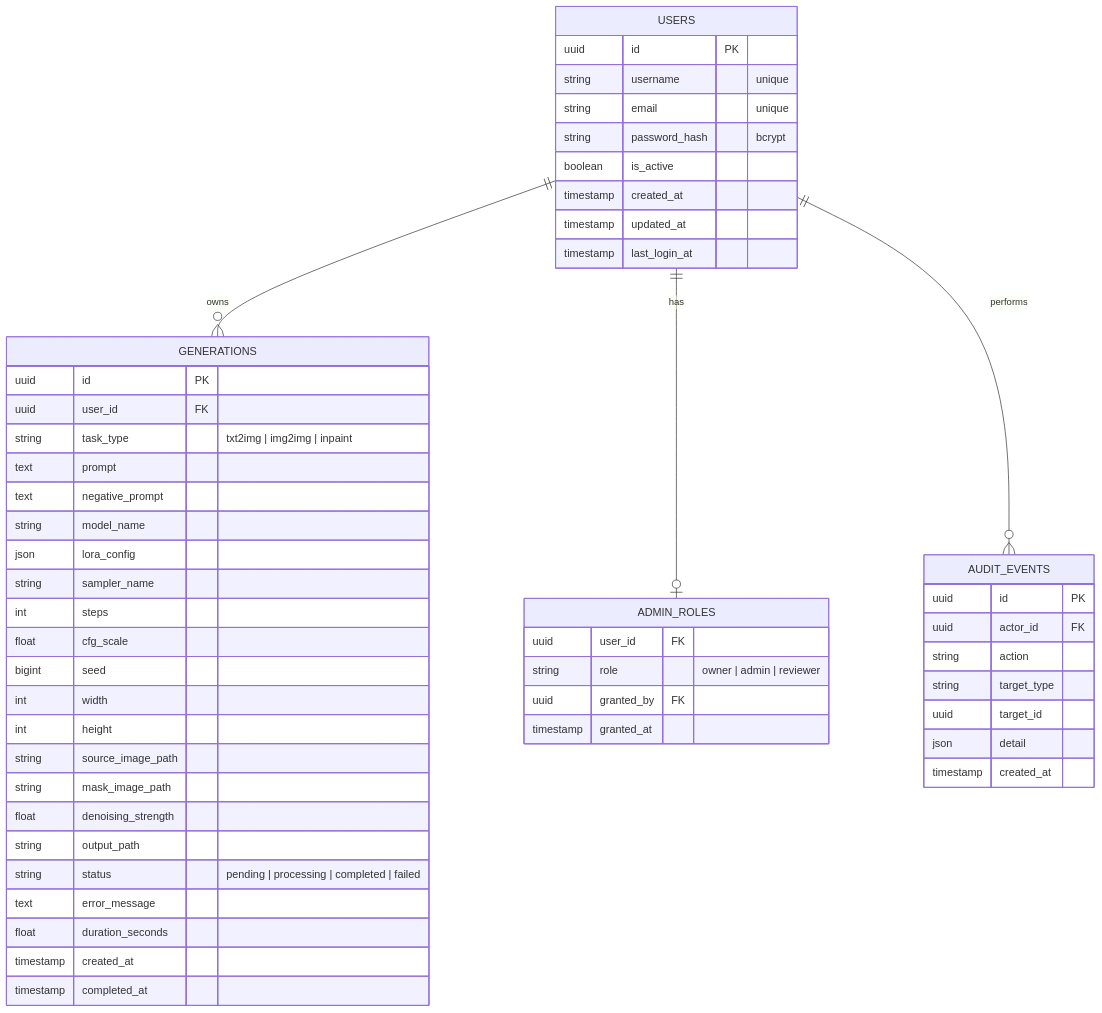
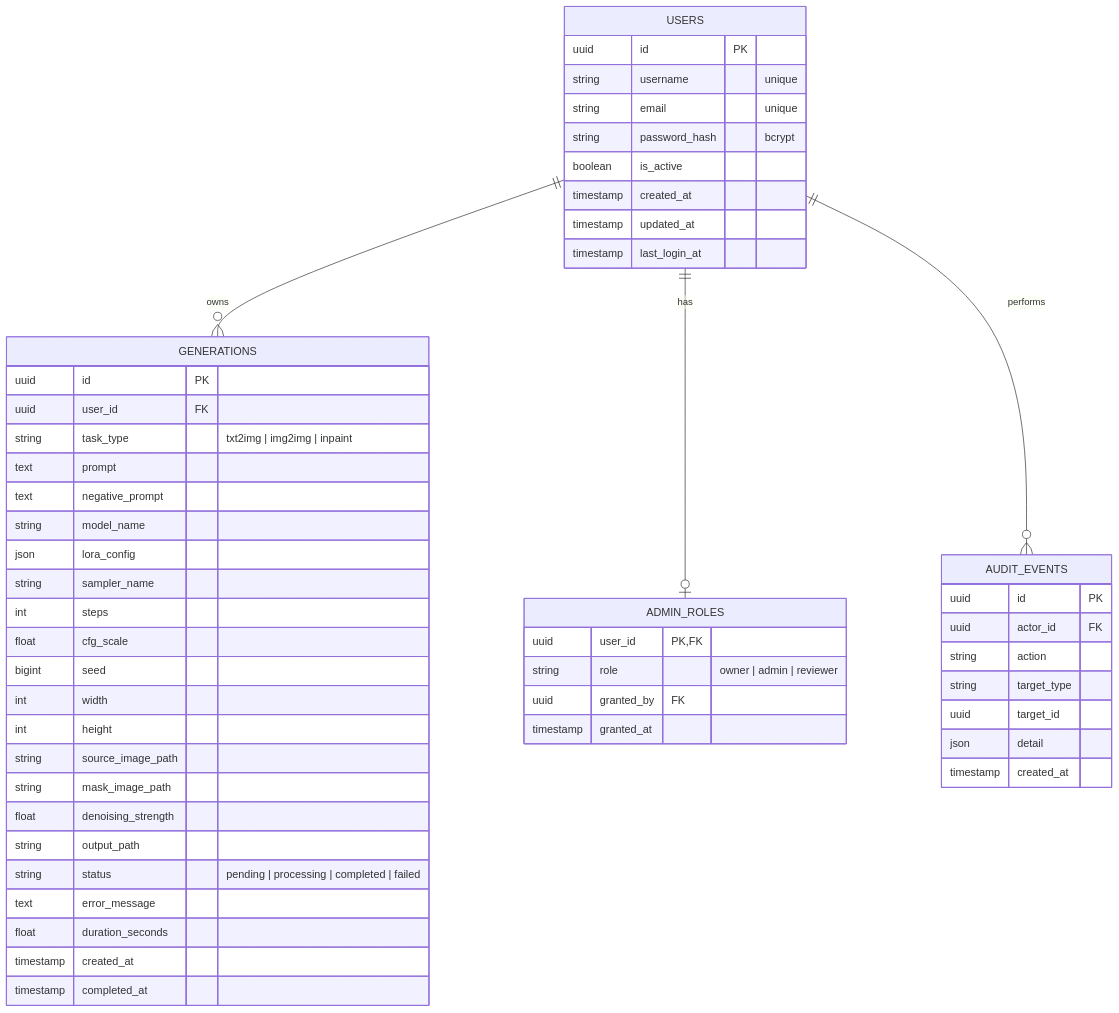
One commit to Pongkarm/Project_Luma_PKW changed the third of 3 diagrams in README.md. Above: the diagram before and after it, drawn with Mermaid. The commit also changed other lines of this file, not shown here.

````diff
--- a/README.md
+++ b/README.md
@@ -167,55 +167,55 @@
 ```mermaid
 erDiagram
     USERS ||--o{ GENERATIONS : owns
     USERS ||--o| ADMIN_ROLES : has
     USERS ||--o{ AUDIT_EVENTS : performs
     USERS {
         uuid id PK
         string username "unique"
         string email "unique"
         string password_hash "bcrypt"
         boolean is_active
         timestamp created_at
         timestamp updated_at
         timestamp last_login_at
     }
     GENERATIONS {
         uuid id PK
         uuid user_id FK
         string task_type "txt2img | img2img | inpaint"
         text prompt
         text negative_prompt
         string model_name
         json lora_config
         string sampler_name
         int steps
         float cfg_scale
         bigint seed
         int width
         int height
         string source_image_path
         string mask_image_path
         float denoising_strength
         string output_path
         string status "pending | processing | completed | failed"
         text error_message
         float duration_seconds
         timestamp created_at
         timestamp completed_at
     }
     ADMIN_ROLES {
-        uuid user_id FK
+        uuid user_id PK, FK
         string role "owner | admin | reviewer"
         uuid granted_by FK
         timestamp granted_at
     }
     AUDIT_EVENTS {
         uuid id PK
         uuid actor_id FK
         string action
         string target_type
         uuid target_id
         json detail
         timestamp created_at
     }
 ```
````
